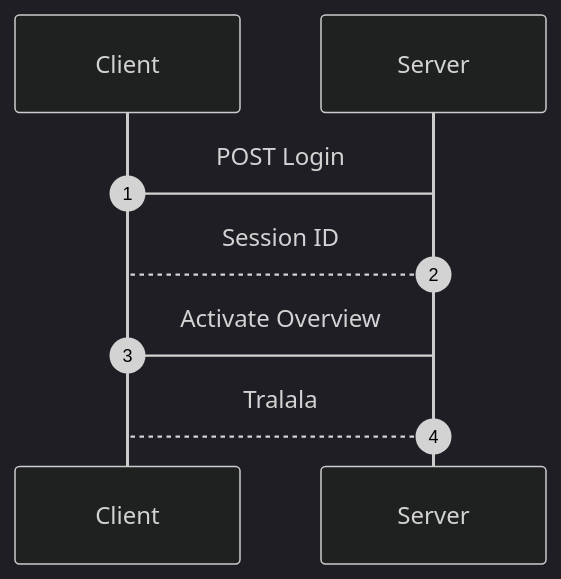
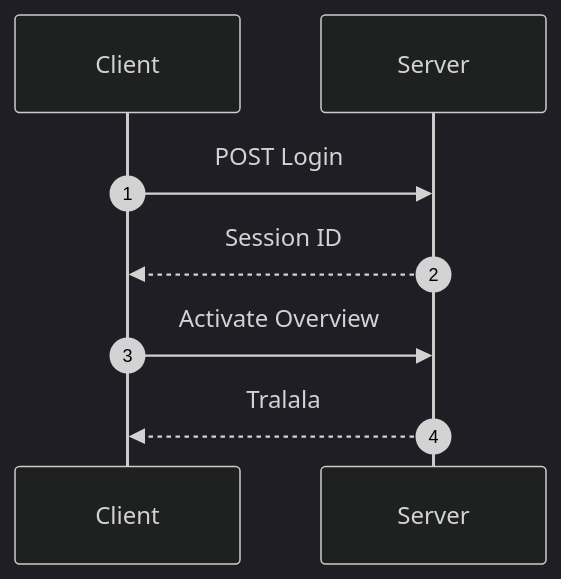
Before and after one commit to peterleimbach/ESM-Demo-AK-Q4-2025: the diagram in README.md, drawn with Mermaid (dark theme).

````diff
--- a/README.md
+++ b/README.md
@@ -3,11 +3,11 @@
 ```mermaid
 sequenceDiagram
     autonumber
     participant Client
     participant Server
 
-    Client -> Server: POST Login
-    Server --> Client: Session ID
-    Client -> Server: Activate Overview
-    Server --> Client: Tralala
+    Client ->> Server: POST Login
+    Server -->> Client: Session ID
+    Client ->> Server: Activate Overview
+    Server -->> Client: Tralala
 ```
````
